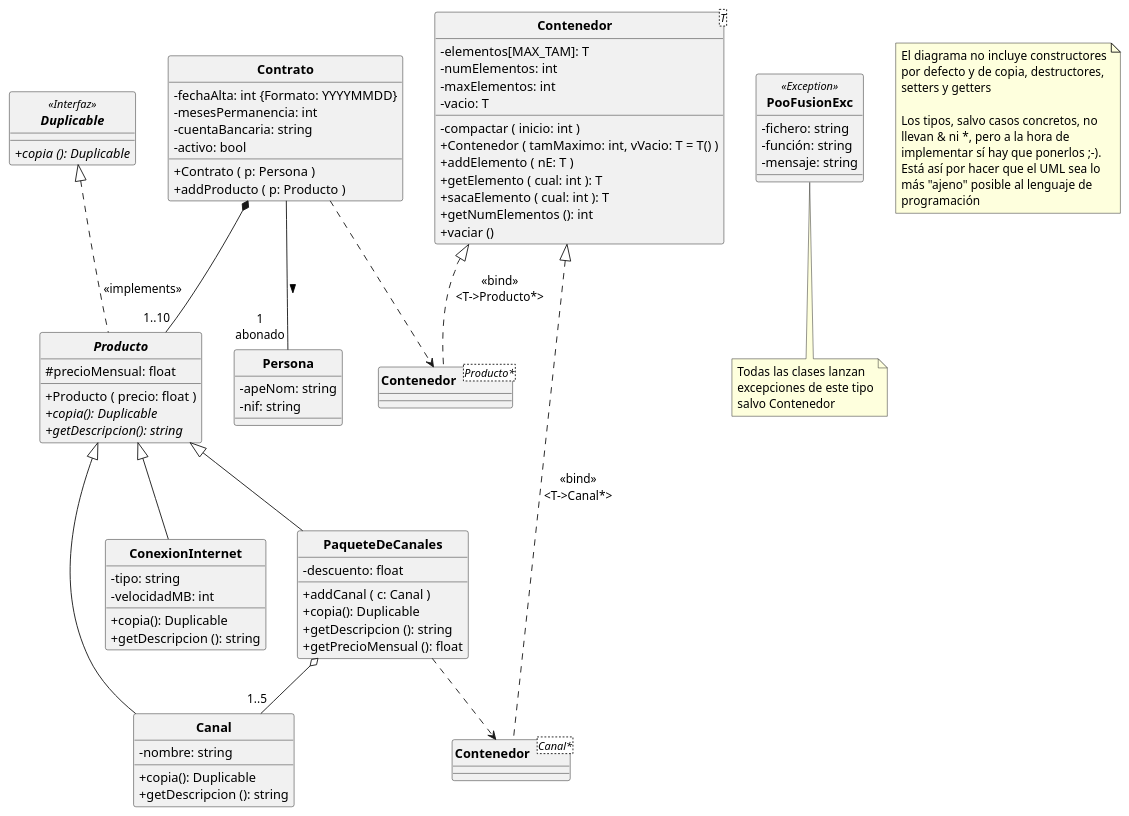
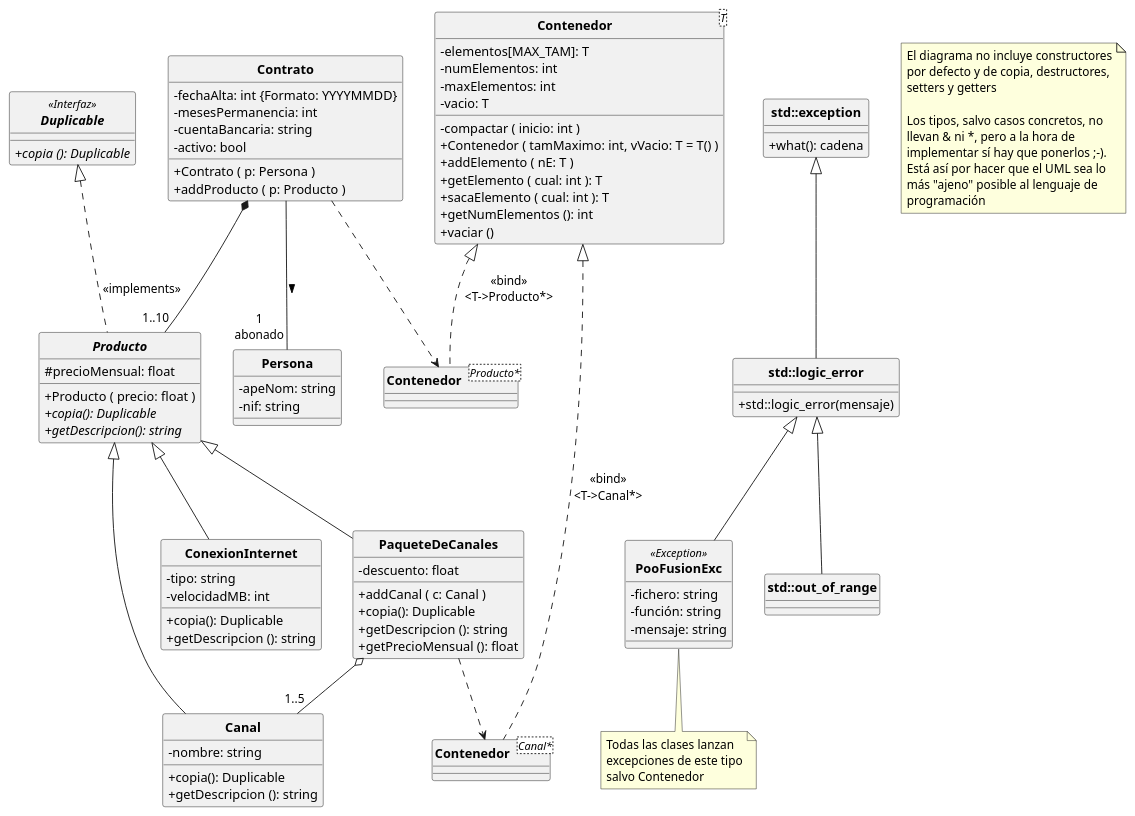
One commit to POOUJA/PooFusion changed the diagram in PooFusion.puml. Above: the diagram before and after it, drawn with PlantUML. The commit also changed 1 other file, not shown here.

```diff
--- a/PooFusion.puml
+++ b/PooFusion.puml
@@ -1,112 +1,120 @@
 @startuml
 
 hide circle
 skinparam classattributeiconsize 0
 skinparam classFontStyle bold
 
 interface Duplicable<<Interfaz>> {
    + {abstract} copia (): Duplicable
 }
 
 class Persona {
    - apeNom: string
    - nif: string
 }
 
 class Contrato {
    - fechaAlta: int {Formato: YYYYMMDD}
    - mesesPermanencia: int
    - cuentaBancaria: string
    - activo: bool
    + Contrato ( p: Persona )
    + addProducto ( p: Producto )
 }
 
 abstract class Producto {
    # precioMensual: float
    + Producto ( precio: float )
    + {abstract} copia(): Duplicable
    + {abstract} getDescripcion(): string
 }
 
 class ConexionInternet {
    - tipo: string
    - velocidadMB: int
    + copia(): Duplicable
    + getDescripcion (): string
 }
 
 class Canal {
    - nombre: string
    + copia(): Duplicable
    + getDescripcion (): string
 }
 
 class PaqueteDeCanales {
    - descuento: float
    + addCanal ( c: Canal )
    + copia(): Duplicable
    + getDescripcion (): string
    + getPrecioMensual (): float
 }
 
 class Contenedor<T> {
    - elementos[MAX_TAM]: T
    - numElementos: int
    - maxElementos: int
    - vacio: T
 
    - compactar ( inicio: int )
    + Contenedor ( tamMaximo: int, vVacio: T = T() )
    + addElemento ( nE: T )
    + getElemento ( cual: int ): T
    + sacaElemento ( cual: int ): T
    + getNumElementos (): int
    + vaciar ()
 }
 
-class PooFusionExc<<Exception>> {
+class PooFusionExc<<Exception>> extends std::logic_error{
    - fichero: string
    - función: string
    - mensaje: string
 }
-
-note bottom
+note bottom of PooFusionExc
    Todas las clases lanzan
    excepciones de este tipo
    salvo Contenedor
 end note
+
+class std::exception {
+  + what(): cadena
+}
+
+class std::logic_error extends std::exception {
+  +std::logic_error(mensaje)
+}
+class std::out_of_range extends std::logic_error
 
 class "Contenedor<Canal*>" as CC {
 }
 
 class "Contenedor<Producto*>" as CP{
 }
 
 
 Contrato -- "1\nabonado" Persona: >
 Producto <|-- ConexionInternet 
 Producto <|-- Canal
 Producto <|-- PaqueteDeCanales
 Contenedor <|.. CP: <<bind>>\n<T->Producto*>
 Contrato ..> CP
 Contrato *-- "1..10" Producto
 Duplicable <|.. Producto: <<implements>>
 Contenedor <|.. CC: <<bind>>\n<T->Canal*>
 PaqueteDeCanales o-- "1..5"Canal
 PaqueteDeCanales ..> CC
 
 note as Nota1
    El diagrama no incluye constructores
    por defecto y de copia, destructores,
    setters y getters
 
    Los tipos, salvo casos concretos, no
    llevan & ni *, pero a la hora de
    implementar sí hay que ponerlos ;-). 
    Está así por hacer que el UML sea lo
    más "ajeno" posible al lenguaje de
    programación
 end note
 
 @enduml
```
